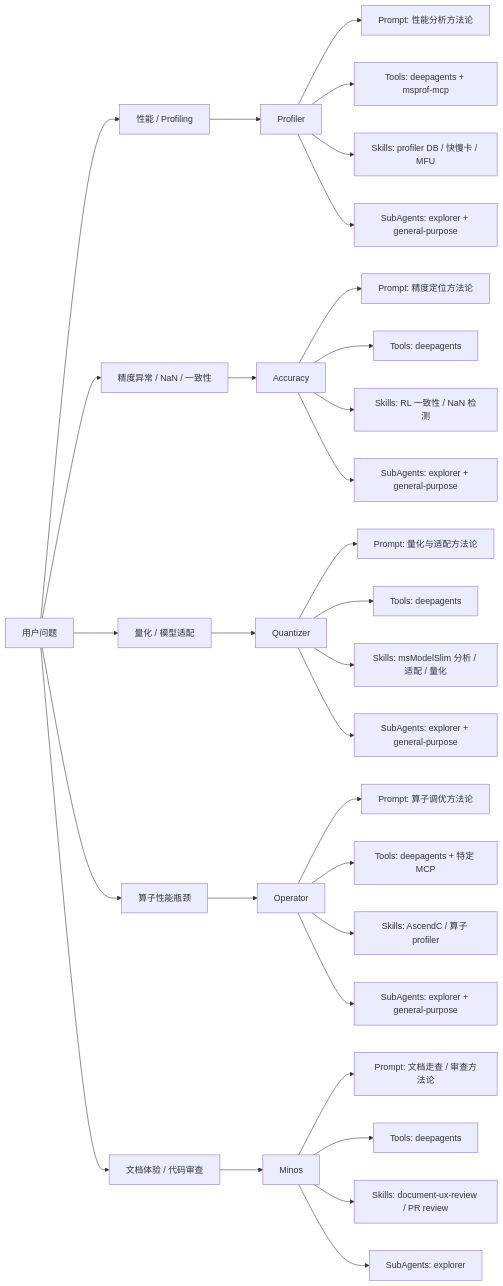
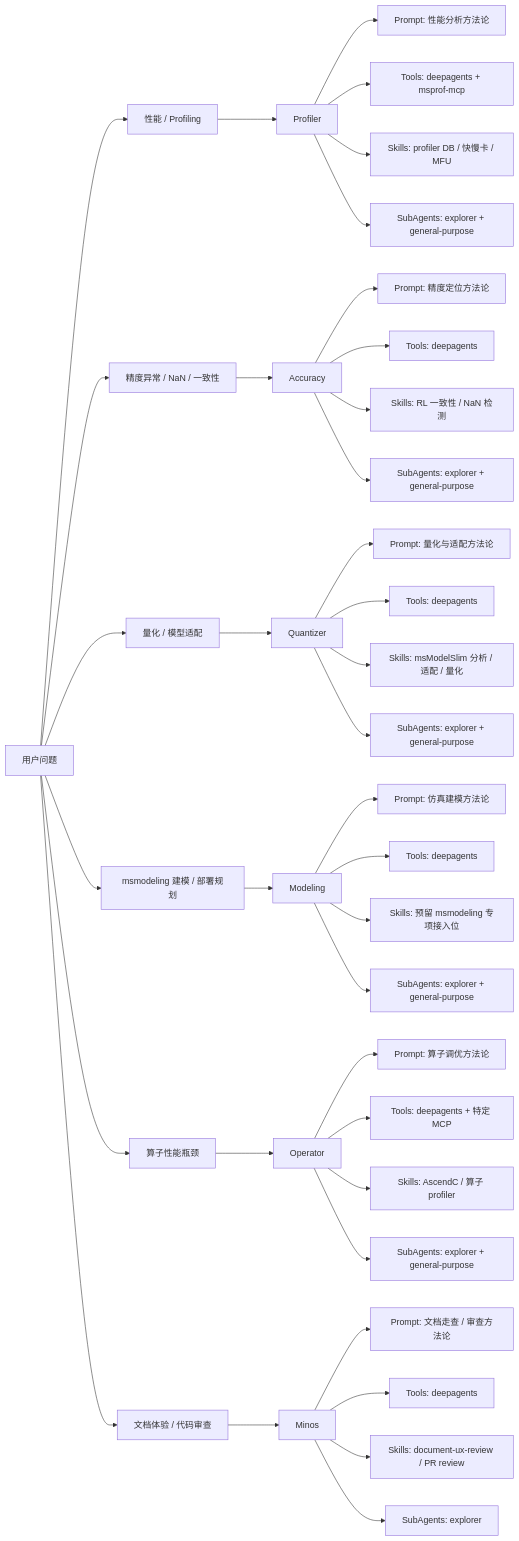
The third of 6 diagrams in msagent/docs/zh/design/msagent_design.md (mindstudio-docs/master), drawn with Mermaid before and after one commit. The commit also changed other lines of this file and 494 other files, not shown here.

````diff
--- a/msagent/docs/zh/design/msagent_design.md
+++ b/msagent/docs/zh/design/msagent_design.md
@@ -220,39 +221,46 @@
 ```mermaid
 flowchart LR
     U["用户问题"] --> Q1["性能 / Profiling"]
     U --> Q2["精度异常 / NaN / 一致性"]
     U --> Q3["量化 / 模型适配"]
-    U --> Q4["算子性能瓶颈"]
-    U --> Q5["文档体验 / 代码审查"]
+    U --> Q4["msmodeling 建模 / 部署规划"]
+    U --> Q5["算子性能瓶颈"]
+    U --> Q6["文档体验 / 代码审查"]
 
     Q1 --> H["Profiler"]
     Q2 --> A["Accuracy"]
     Q3 --> Z["Quantizer"]
-    Q4 --> I["Operator"]
-    Q5 --> M["Minos"]
+    Q4 --> O["Modeling"]
+    Q5 --> I["Operator"]
+    Q6 --> M["Minos"]
 
     H --> H1["Prompt: 性能分析方法论"]
     H --> H2["Tools: deepagents + msprof-mcp"]
     H --> H3["Skills: profiler DB / 快慢卡 / MFU"]
     H --> H4["SubAgents: explorer + general-purpose"]
 
     A --> A1["Prompt: 精度定位方法论"]
     A --> A2["Tools: deepagents"]
     A --> A3["Skills: RL 一致性 / NaN 检测"]
     A --> A4["SubAgents: explorer + general-purpose"]
 
     Z --> Z1["Prompt: 量化与适配方法论"]
     Z --> Z2["Tools: deepagents"]
     Z --> Z3["Skills: msModelSlim 分析 / 适配 / 量化"]
     Z --> Z4["SubAgents: explorer + general-purpose"]
 
+    O --> O1["Prompt: 仿真建模方法论"]
+    O --> O2["Tools: deepagents"]
+    O --> O3["Skills: 预留 msmodeling 专项接入位"]
+    O --> O4["SubAgents: explorer + general-purpose"]
+
     I --> I1["Prompt: 算子调优方法论"]
     I --> I2["Tools: deepagents + 特定 MCP"]
     I --> I3["Skills: AscendC / 算子 profiler"]
     I --> I4["SubAgents: explorer + general-purpose"]
 
     M --> M1["Prompt: 文档走查 / 审查方法论"]
     M --> M2["Tools: deepagents"]
     M --> M3["Skills: document-ux-review / PR review"]
     M --> M4["SubAgents: explorer"]
 ```
````
